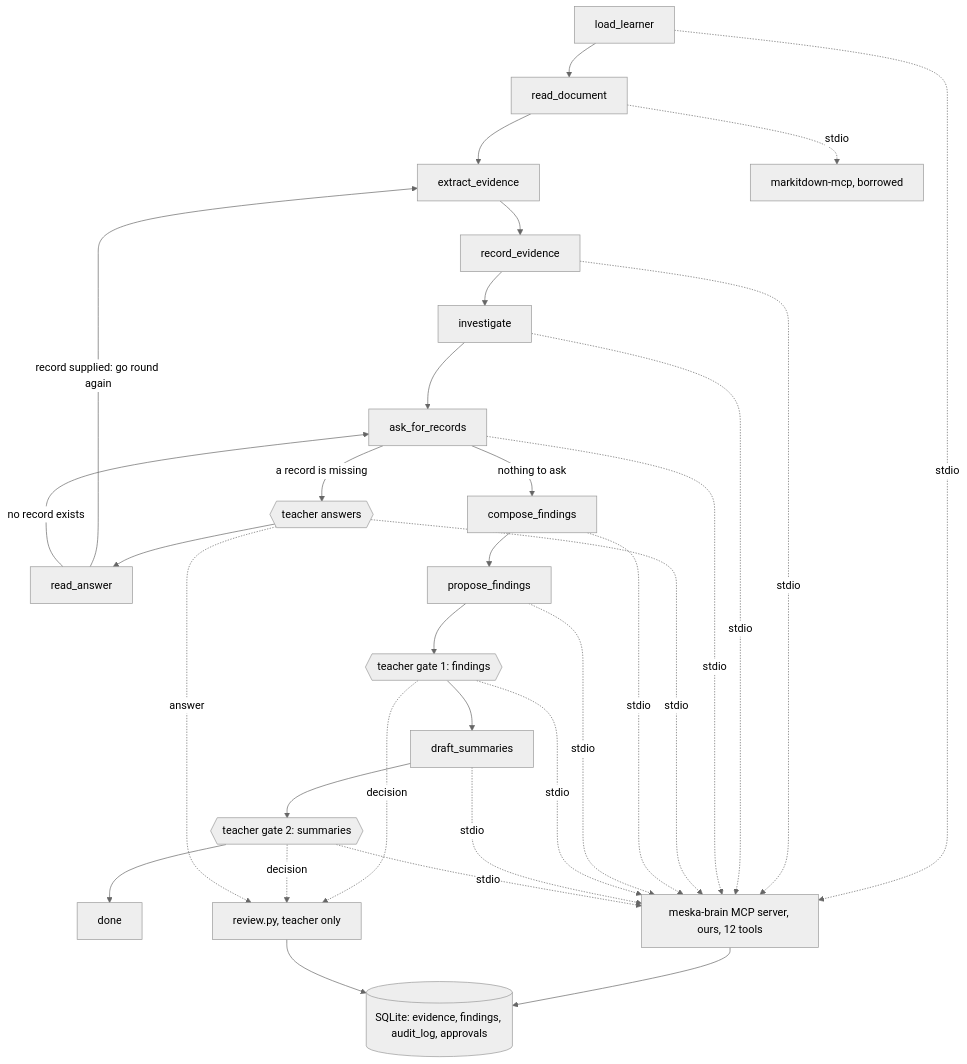
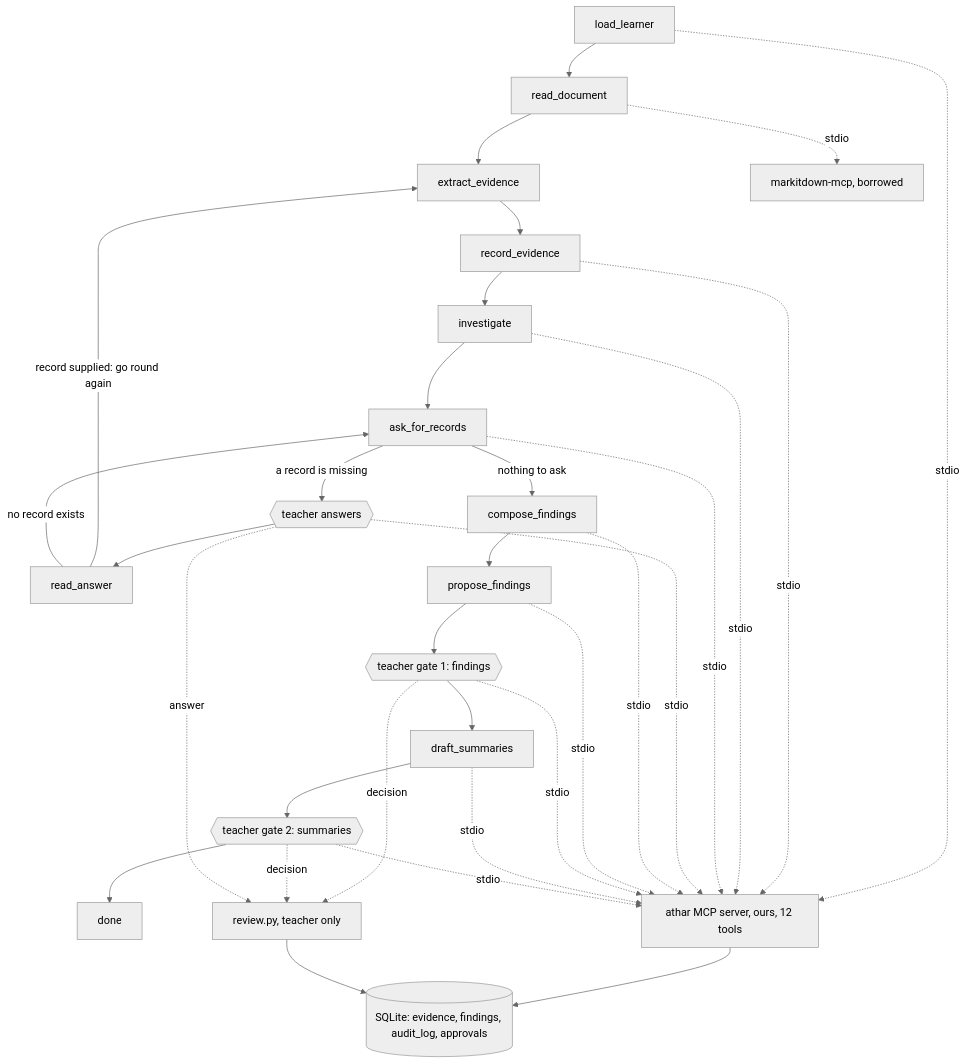
The diagram in ARCHITECTURE.md (OmarAxis/Athar), drawn with Mermaid (neutral theme) before and after one commit. The commit also changed other lines of this file and 91 other files, not shown here.

````diff
--- a/ARCHITECTURE.md
+++ b/ARCHITECTURE.md
@@ -5,25 +5,25 @@
 ```mermaid
 flowchart TD
   A[load_learner] --> B[read_document]
   B --> C[extract_evidence]
   C --> D[record_evidence]
   D --> E[investigate]
   E --> Q[ask_for_records]
   Q -- a record is missing --> QG{{teacher answers}}
   QG --> RA[read_answer]
   RA -- record supplied: go round again --> C
   RA -- no record exists --> Q
   Q -- nothing to ask --> F[compose_findings]
   F --> G[propose_findings]
   G --> H{{teacher gate 1: findings}}
   H --> I[draft_summaries]
   I --> J{{teacher gate 2: summaries}}
   J --> K[done]
   B -. stdio .-> MD[markitdown-mcp, borrowed]
-  A & D & E & Q & QG & F & G & H & I & J -. stdio .-> M[meska-brain MCP server, ours, 12 tools]
+  A & D & E & Q & QG & F & G & H & I & J -. stdio .-> M[athar MCP server, ours, 12 tools]
   M --> DB[(SQLite: evidence, findings, audit_log, approvals)]
   H -. decision .-> R[review.py, teacher only]
   J -. decision .-> R
   QG -. answer .-> R
   R --> DB
 ```
````
